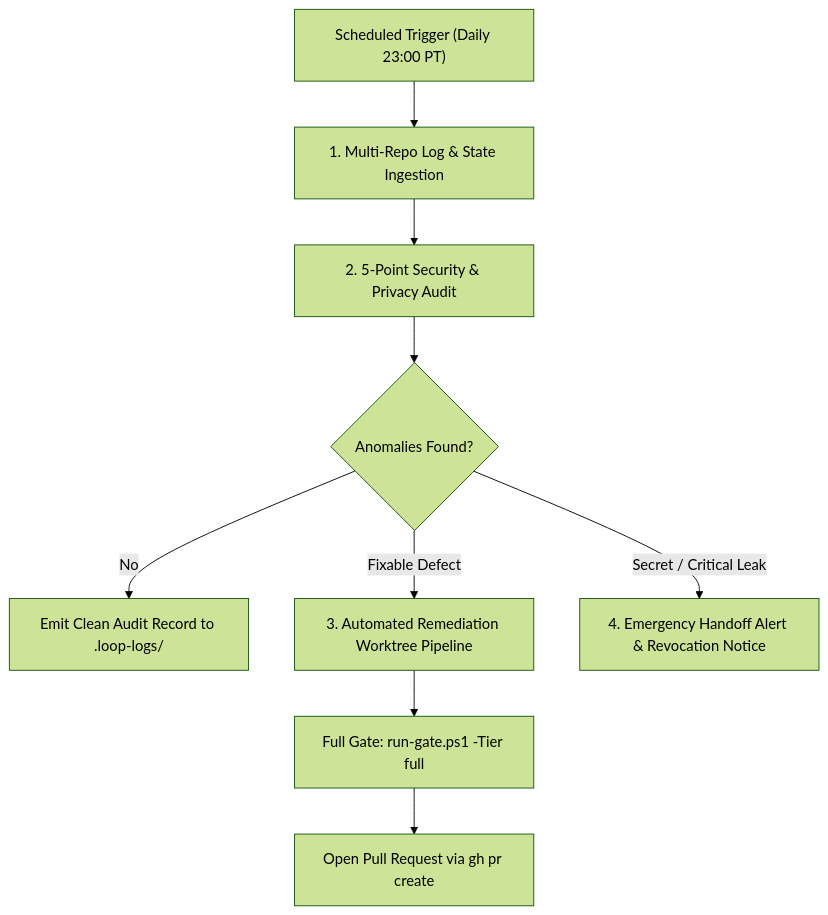
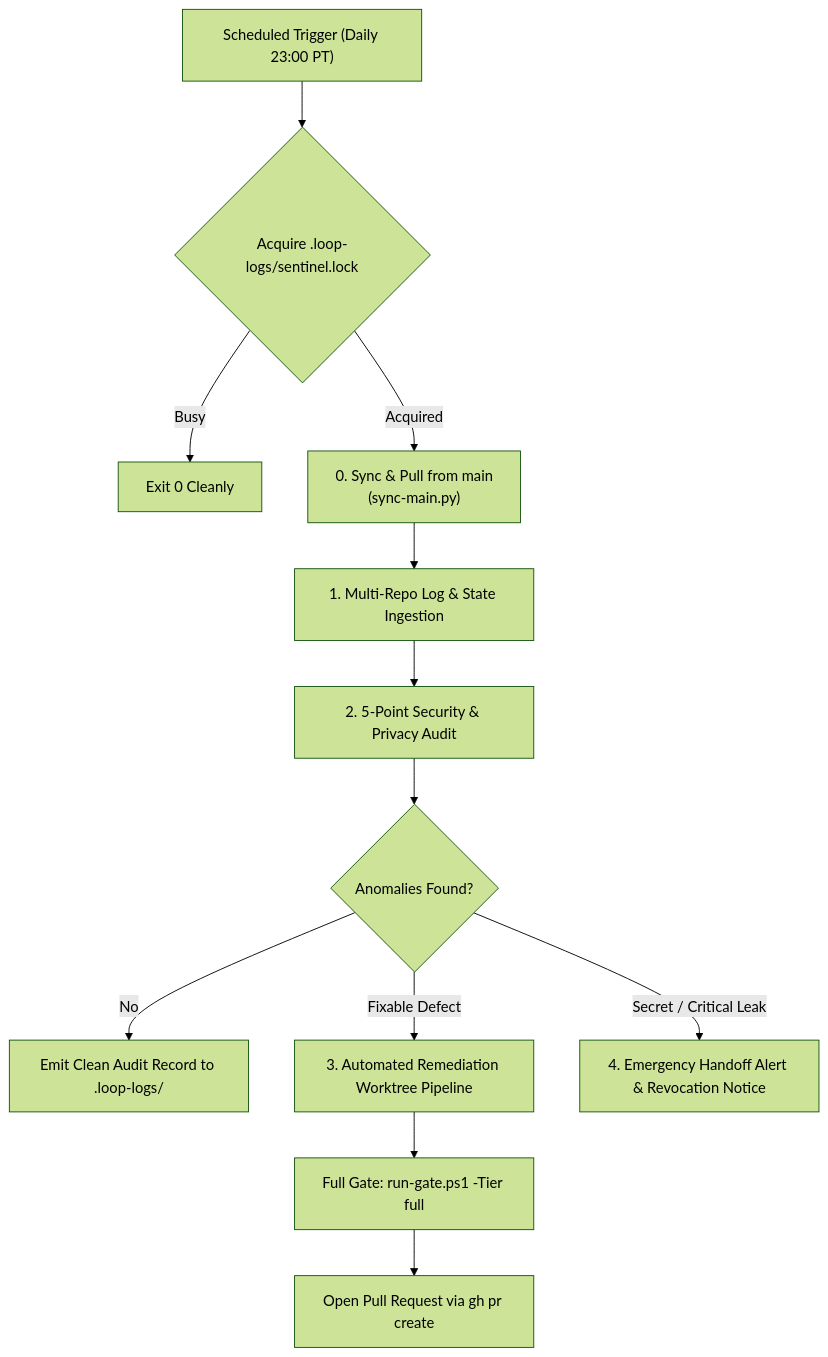
The diagram in .claude/skills/scheduled-security-sentinel/SKILL.md (senseiewok/cf-lab), drawn with Mermaid (forest theme) before and after one commit. The commit also changed other lines of this file and 11 other files, not shown here.

First line of the commit message:
feat(schedules): ensure all schedules pull from main on startup

````diff
--- a/.claude/skills/scheduled-security-sentinel/SKILL.md
+++ b/.claude/skills/scheduled-security-sentinel/SKILL.md
@@ -22,11 +22,14 @@
 ```mermaid
 flowchart TD
-    Trigger["Scheduled Trigger (Daily 23:00 PT)"] --> Ingest["1. Multi-Repo Log & State Ingestion"]
+    Trigger["Scheduled Trigger (Daily 23:00 PT)"] --> Lock{"Acquire .loop-logs/sentinel.lock"}
+    Lock -->|Busy| Exit["Exit 0 Cleanly"]
+    Lock -->|Acquired| Sync["0. Sync & Pull from main\n(sync-main.py)"]
+    Sync --> Ingest["1. Multi-Repo Log & State Ingestion"]
     Ingest --> Audit["2. 5-Point Security & Privacy Audit"]
     Audit --> Triage{"Anomalies Found?"}
     Triage -->|No| Clean["Emit Clean Audit Record to .loop-logs/"]
     Triage -->|Fixable Defect| Fix["3. Automated Remediation Worktree Pipeline"]
     Triage -->|Secret / Critical Leak| Alert["4. Emergency Handoff Alert & Revocation Notice"]
     Fix --> Gate["Full Gate: run-gate.ps1 -Tier full"]
     Gate --> PR["Open Pull Request via gh pr create"]
 ```
````
